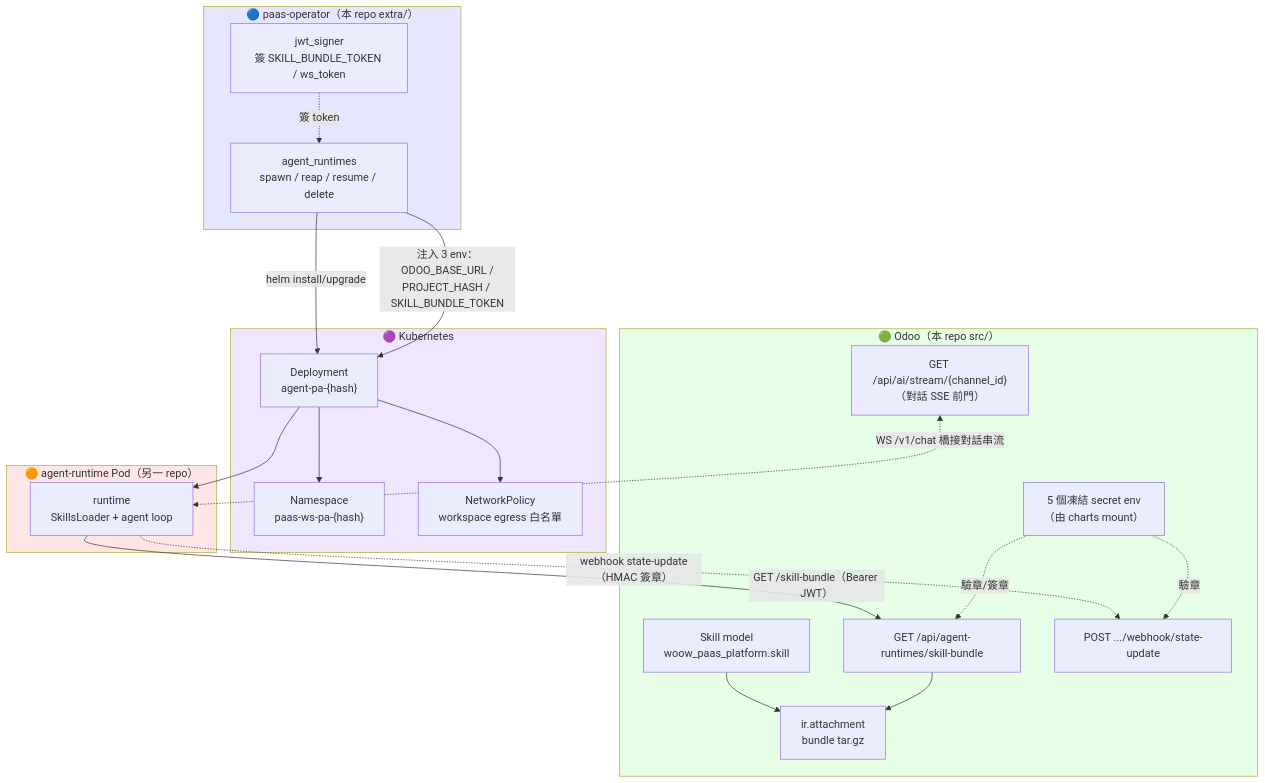
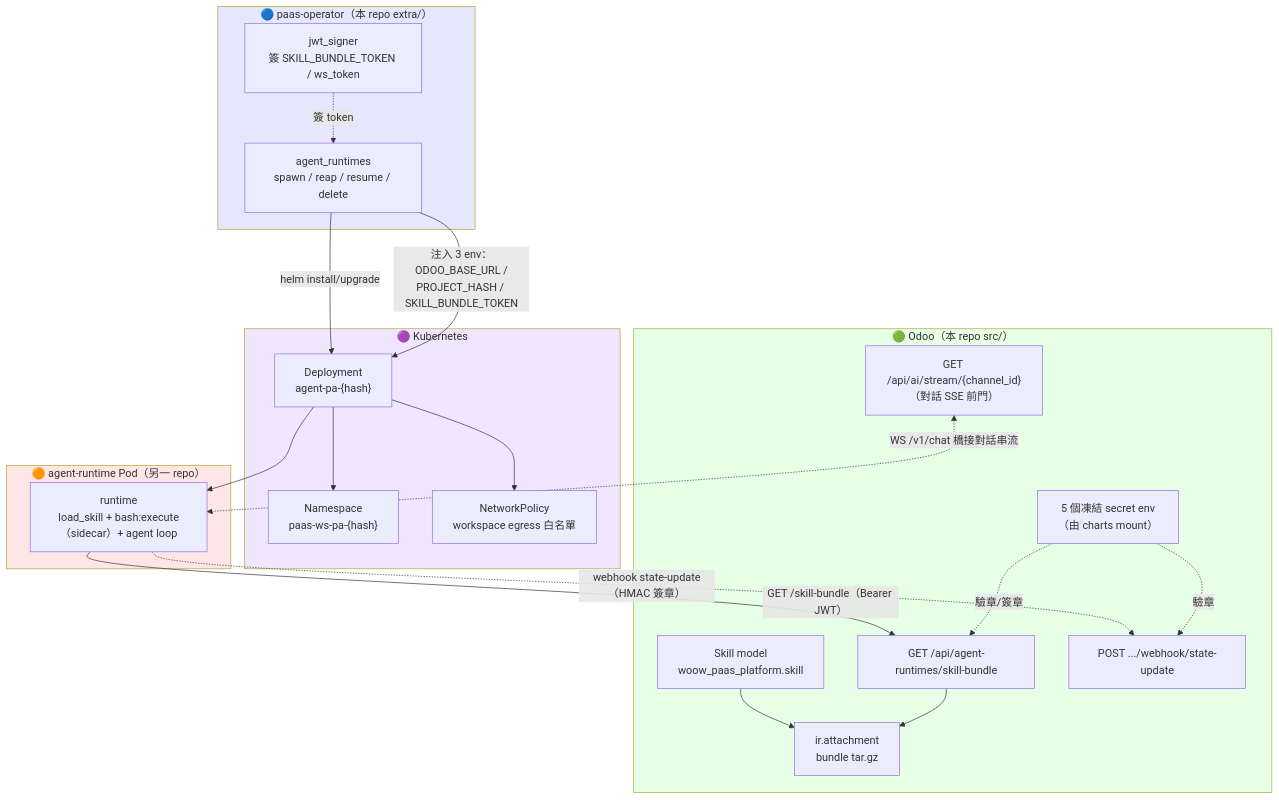
Before and after one commit to WOOWTECH/odoo-addon-woow-paas-platform: the diagram in docs/guides/paas-skill-system/README.md, drawn with Mermaid. The commit also changed other lines of this file and 7 other files, not shown here.

First line of the commit message:
docs: skill 知識庫對齊 Claude Code 執行模型 + bash sidecar

````diff
--- a/docs/guides/paas-skill-system/README.md
+++ b/docs/guides/paas-skill-system/README.md
@@ -47,45 +47,45 @@
 ```mermaid
 graph TB
     subgraph Odoo["🟢 Odoo（本 repo src/）"]
         S1["Skill model<br/>woow_paas_platform.skill"]
         A1["ir.attachment<br/>bundle tar.gz"]
         EP1["GET /api/agent-runtimes/skill-bundle"]
         EP2["POST .../webhook/state-update"]
         EP3["GET /api/ai/stream/{channel_id}<br/>（對話 SSE 前門）"]
         SEC5["5 個凍結 secret env<br/>（由 charts mount）"]
         S1 --> A1
     end
 
     subgraph Operator["🔵 paas-operator（本 repo extra/）"]
         JWT["jwt_signer<br/>簽 SKILL_BUNDLE_TOKEN / ws_token"]
         AR["agent_runtimes<br/>spawn / reap / resume / delete"]
     end
 
     subgraph K8s["🟣 Kubernetes"]
         NS["Namespace<br/>paas-ws-pa-{hash}"]
         DEP["Deployment<br/>agent-pa-{hash}"]
         NP["NetworkPolicy<br/>workspace egress 白名單"]
     end
 
     subgraph Pod["🟠 agent-runtime Pod（另一 repo）"]
-        RT["runtime<br/>SkillsLoader + agent loop"]
+        RT["runtime<br/>load_skill + bash:execute（sidecar）+ agent loop"]
     end
 
     AR -->|"helm install/upgrade"| DEP
     AR -->|"注入 3 env：ODOO_BASE_URL /<br/>PROJECT_HASH / SKILL_BUNDLE_TOKEN"| DEP
     JWT -.簽 token.-> AR
     DEP --> NS
     DEP --> NP
     DEP --> RT
     RT -->|"GET /skill-bundle（Bearer JWT）"| EP1
     EP1 --> A1
     RT -.->|"webhook state-update（HMAC 簽章）"| EP2
     EP3 <-.->|"WS /v1/chat 橋接對話串流"| RT
     SEC5 -.驗章/簽章.-> EP1
     SEC5 -.驗章.-> EP2
 
     style Odoo fill:#e6ffe6
     style Operator fill:#e6e6ff
     style K8s fill:#f0e6ff
     style Pod fill:#ffe6e6
 ```
````
